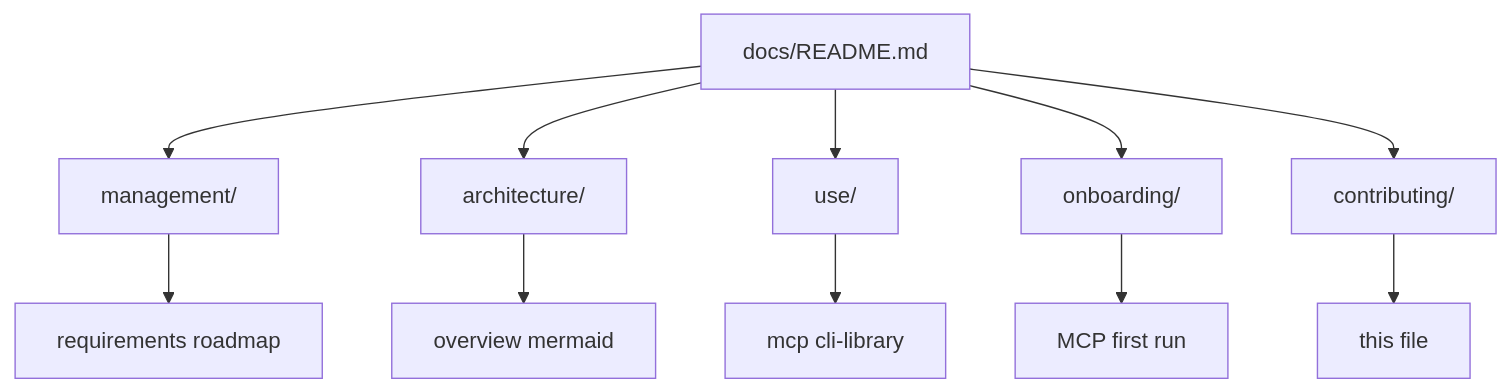
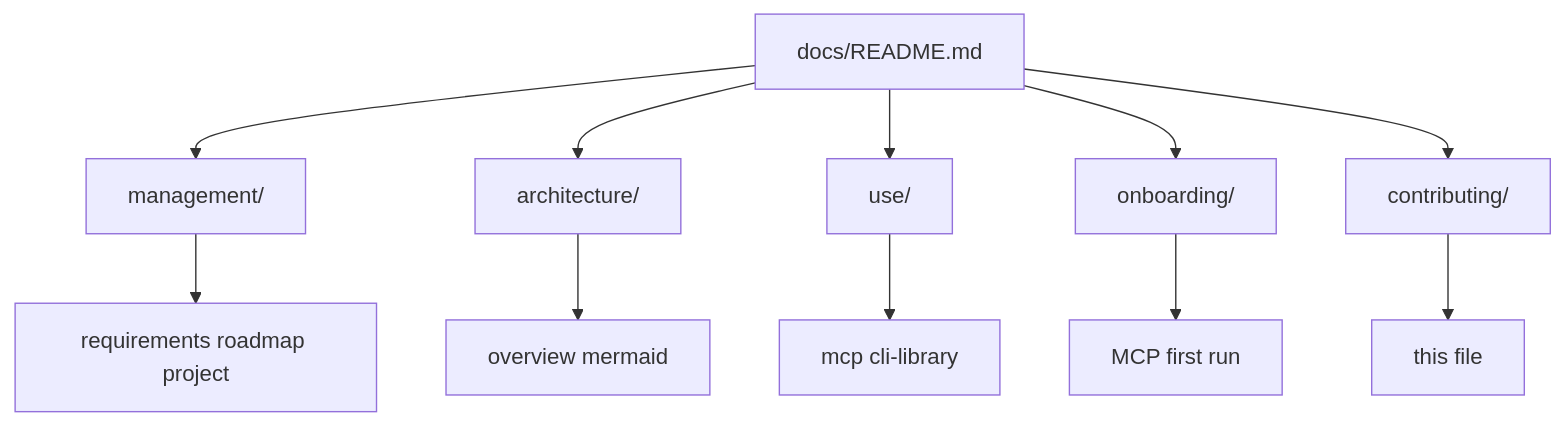
The diagram in docs/contributing/agents.md (mayad123/pdfToRagAI), drawn with Mermaid before and after one commit. The commit also changed 66 other files, not shown here.

First line of the commit message:
feat: Phase 7 portfolio artifacts, CI/publish, stable README mermaid

````diff
--- a/docs/contributing/agents.md
+++ b/docs/contributing/agents.md
@@ -30,14 +30,14 @@
 ```mermaid
 flowchart TB
   IDX[docs/README.md]
   IDX --> MGT[management/]
   IDX --> ARC[architecture/]
   IDX --> USE[use/]
   IDX --> ONB[onboarding/]
   IDX --> CON[contributing/]
-  MGT --> RQ[requirements roadmap]
+  MGT --> RQ[requirements roadmap project]
   ARC --> OV[overview mermaid]
   USE --> MCP[mcp cli-library]
   ONB --> OM[MCP first run]
   CON --> AG[this file]
 ```
````
